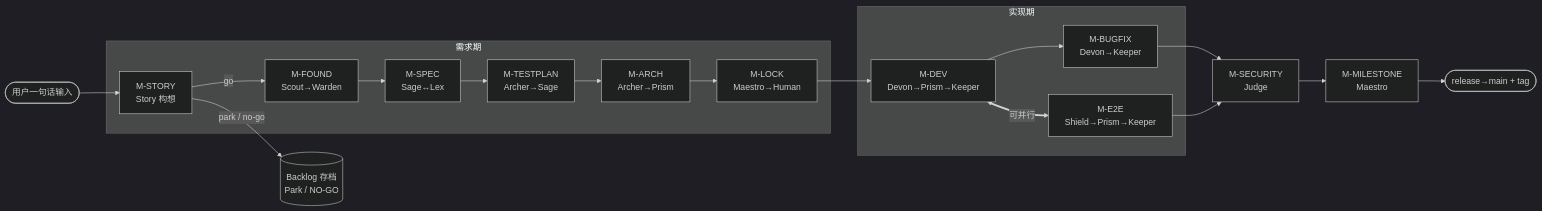
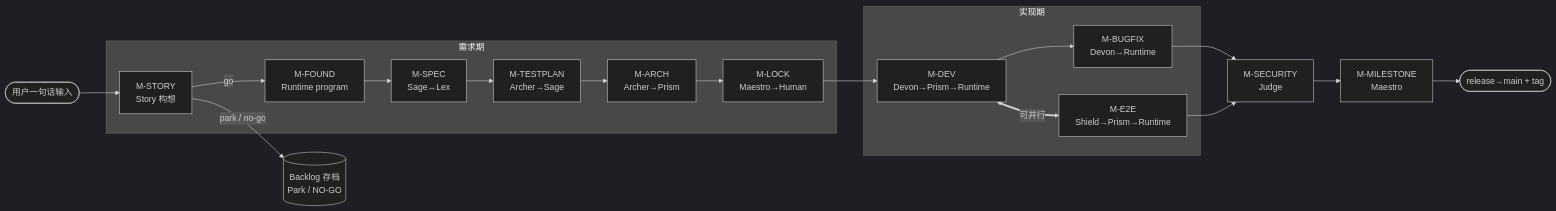
Before and after one commit to zillionare/louke: the first of 4 diagrams in docs/workflow.md, drawn with Mermaid (dark theme). The commit also changed other lines of this file and 21 other files, not shown here.

````diff
--- a/docs/workflow.md
+++ b/docs/workflow.md
@@ -54,30 +54,30 @@
 ```mermaid
 flowchart LR
     START([用户一句话输入]) --> STORY
     BACKLOG[(Backlog 存档<br/>Park / NO-GO)]
     subgraph 需求期
       STORY[M-STORY<br/>Story 构想]
-      FOUND[M-FOUND<br/>Scout→Warden]
+      FOUND[M-FOUND<br/>Runtime program]
       SPEC[M-SPEC<br/>Sage↔Lex]
       TESTPLAN[M-TESTPLAN<br/>Archer→Sage]
       ARCH[M-ARCH<br/>Archer→Prism]
       LOCK[M-LOCK<br/>Maestro→Human]
     end
     subgraph 实现期
-      DEV[M-DEV<br/>Devon→Prism→Keeper]
-      E2E[M-E2E<br/>Shield→Prism→Keeper]
-      BUGFIX[M-BUGFIX<br/>Devon→Keeper]
+      DEV[M-DEV<br/>Devon→Prism→Runtime]
+      E2E[M-E2E<br/>Shield→Prism→Runtime]
+      BUGFIX[M-BUGFIX<br/>Devon→Runtime]
     end
     SEC[M-SECURITY<br/>Judge]
     MILE[M-MILESTONE<br/>Maestro]
     END([release→main + tag])
 
     STORY -->|go| FOUND
     STORY -->|park / no-go| BACKLOG
     FOUND --> SPEC --> TESTPLAN --> ARCH --> LOCK
     LOCK --> DEV
     DEV <==>|可并行| E2E
     DEV --> BUGFIX --> SEC
     E2E --> SEC
     SEC --> MILE --> END
 ```
````
